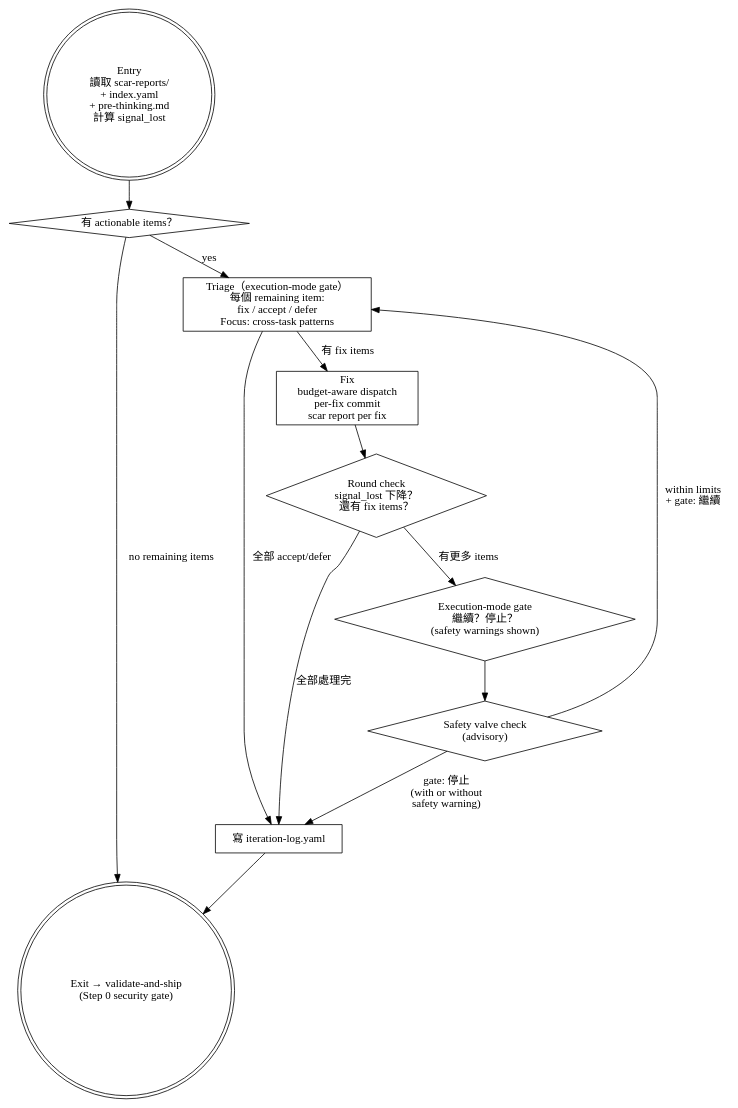
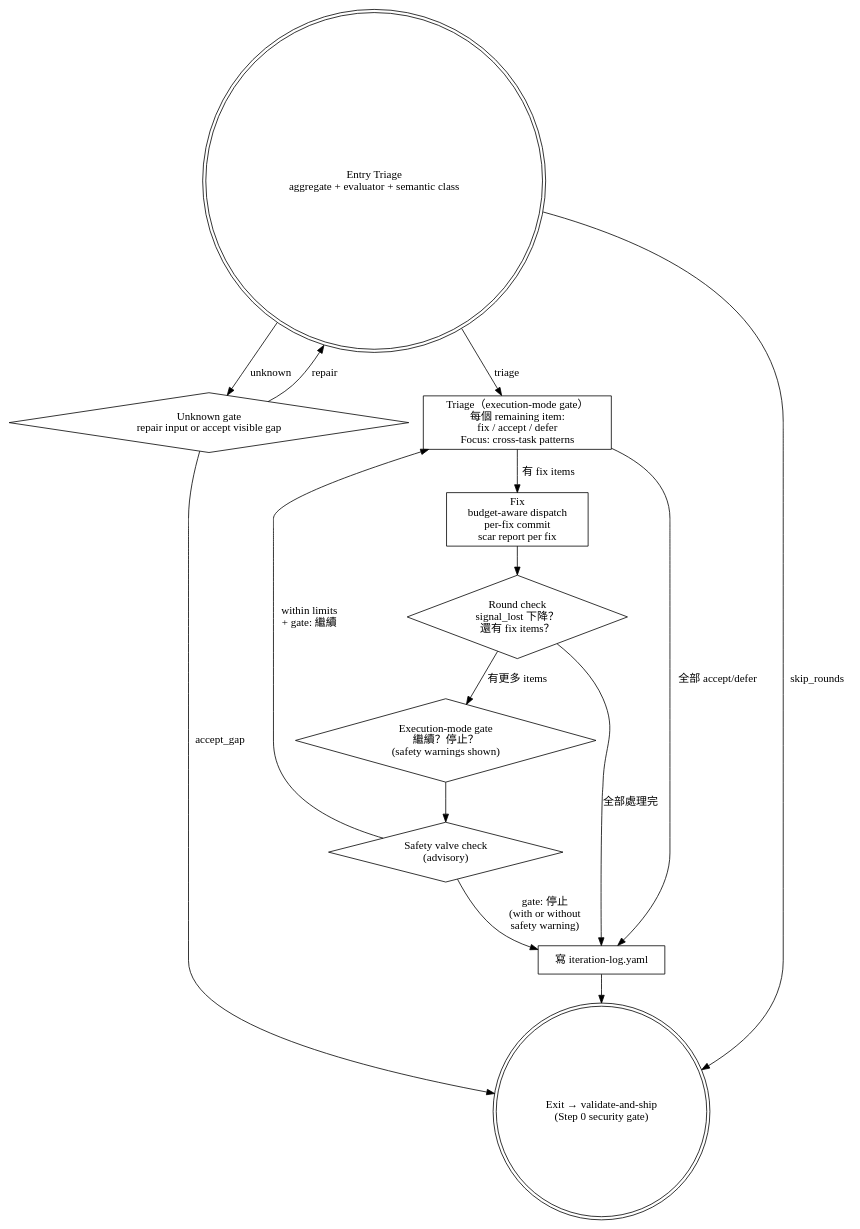
One commit to roymondliao/samsara changed the diagram in skills/iteration/SKILL.md. Above: the diagram before and after it, drawn with Graphviz. The commit also changed other lines of this file and 24 other files, not shown here.

````diff
--- a/skills/iteration/SKILL.md
+++ b/skills/iteration/SKILL.md
@@ -36,28 +61,30 @@
 ```dot
 digraph iteration {
     node [shape=box];
 
-    entry [label="Entry\n讀取 scar-reports/\n+ index.yaml\n+ pre-thinking.md\n計算 signal_lost" shape=doublecircle];
-    empty [label="有 actionable items？" shape=diamond];
+    entry [label="Entry Triage\naggregate + evaluator + semantic class" shape=doublecircle];
+    unknown [label="Unknown gate\nrepair input or accept visible gap" shape=diamond];
     triage [label="Triage（execution-mode gate）\n每個 remaining item:\nfix / accept / defer\nFocus: cross-task patterns"];
     fix [label="Fix\nbudget-aware dispatch\nper-fix commit\nscar report per fix"];
     round_check [label="Round check\nsignal_lost 下降？\n還有 fix items？" shape=diamond];
     safety [label="Safety valve check\n(advisory)" shape=diamond];
     gate [label="Execution-mode gate\n繼續？停止？\n(safety warnings shown)" shape=diamond];
     log [label="寫 iteration-log.yaml"];
     exit [label="Exit → validate-and-ship\n(Step 0 security gate)" shape=doublecircle];
 
-    entry -> empty;
-    empty -> triage [label="yes"];
-    empty -> exit [label="no remaining items"];
+    entry -> triage [label="triage"];
+    entry -> exit [label="skip_rounds"];
+    entry -> unknown [label="unknown"];
+    unknown -> entry [label="repair"];
+    unknown -> exit [label="accept_gap"];
     triage -> fix [label="有 fix items"];
     triage -> log [label="全部 accept/defer"];
     fix -> round_check;
     round_check -> gate [label="有更多 items"];
     round_check -> log [label="全部處理完"];
     gate -> safety;
     safety -> triage [label="within limits\n+ gate: 繼續"];
     safety -> log [label="gate: 停止\n(with or without\nsafety warning)"];
     log -> exit;
 }
 ```
````
